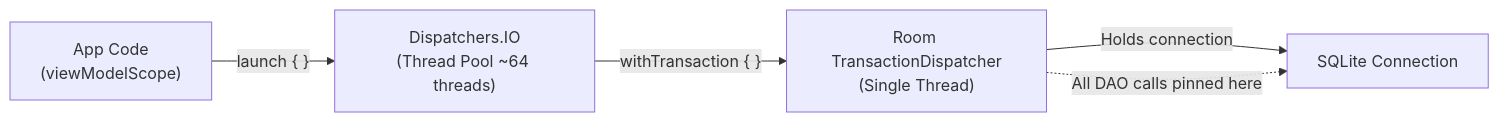
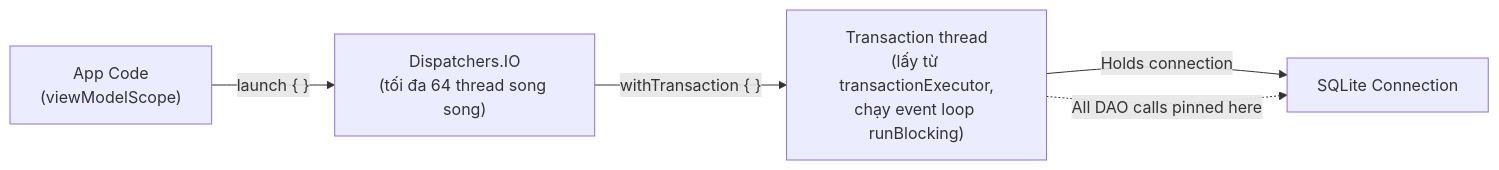
One commit to h1eu/knowledge changed the first of 5 diagrams in knowledge/android/docs/session_05/data_store/room_transactions.md. Above: the diagram before and after it, drawn with Mermaid. The commit also changed other lines of this file and 76 other files, not shown here.

First line of the commit message:
docs(android): add Compose Overview, fix S01–S05 facts and diagrams

````diff
--- a/knowledge/android/docs/session_05/data_store/room_transactions.md
+++ b/knowledge/android/docs/session_05/data_store/room_transactions.md
@@ -64,12 +87,12 @@
 ```mermaid
 flowchart LR
     App["App Code\n(viewModelScope)"]
-    IO["Dispatchers.IO\n(Thread Pool ~64 threads)"]
-    Trans["Room TransactionDispatcher\n(Single Thread)"]
+    IO["Dispatchers.IO\n(tối đa 64 thread song song)"]
+    Trans["Transaction thread\n(lấy từ transactionExecutor,\nchạy event loop runBlocking)"]
     SQLite["SQLite Connection"]
 
     App -->|"launch { }"| IO
     IO -->|"withTransaction { }"| Trans
     Trans -->|"Holds connection"| SQLite
     Trans -.->|"All DAO calls pinned here"| SQLite
 ```
````
